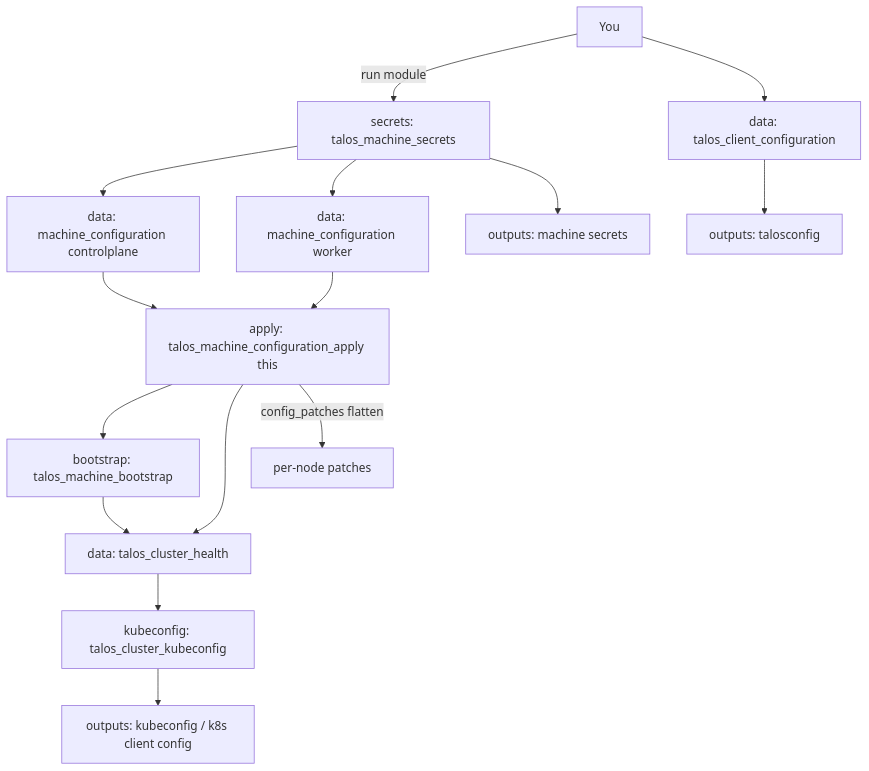
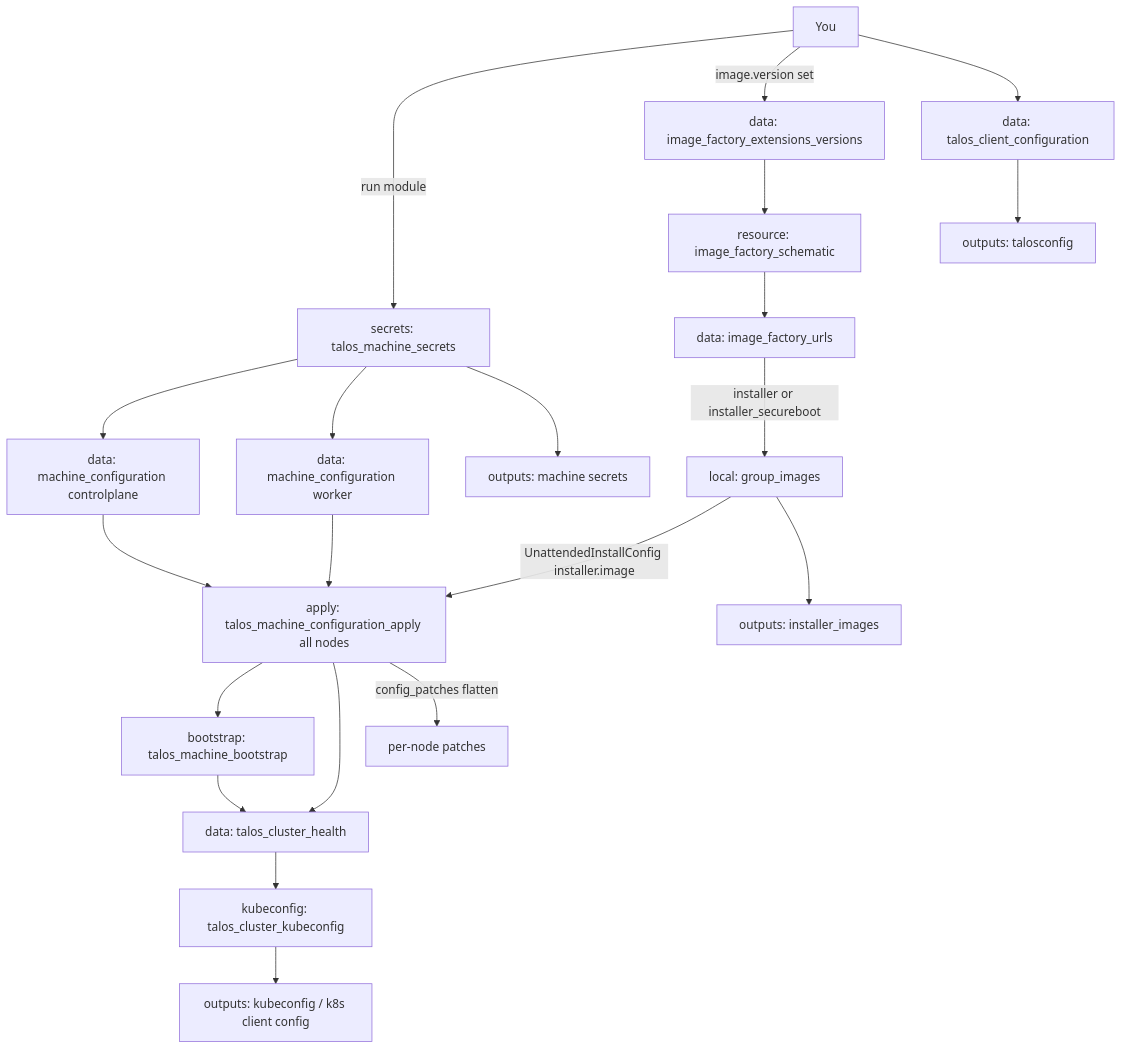
One commit to RocketPadPlatforms/talos-terraform changed the diagram in AGENTS.md. Above: the diagram before and after it, drawn with Mermaid. The commit also changed other lines of this file and 17 other files, not shown here.

First line of the commit message:
feat(talos)!: emit Talos 1.14 config documents

````diff
--- a/AGENTS.md
+++ b/AGENTS.md
@@ -92,18 +124,23 @@
 ```mermaid
 graph TD
   A[You] -->|run module| B[secrets: talos_machine_secrets]
+  A -->|image.version set| F[data: image_factory_extensions_versions]
+  F --> S[resource: image_factory_schematic]
+  S --> U[data: image_factory_urls]
+  U -->|installer or installer_secureboot| IMG[local: group_images]
   B --> C[data: machine_configuration controlplane]
   B --> D[data: machine_configuration worker]
-  C --> E[apply: talos_machine_configuration_apply this]
-
+  C --> E[apply: talos_machine_configuration_apply all nodes]
   D --> E
+  IMG -->|UnattendedInstallConfig installer.image| E
   E --> G[bootstrap: talos_machine_bootstrap]
   E --> H[data: talos_cluster_health]
   G --> H
   H --> I[kubeconfig: talos_cluster_kubeconfig]
   A --> J[data: talos_client_configuration]
   J --> O[outputs: talosconfig]
   B --> K[outputs: machine secrets]
   I --> L[outputs: kubeconfig / k8s client config]
+  IMG --> P[outputs: installer_images]
   E -->|config_patches flatten| M[per-node patches]
 ```
````
